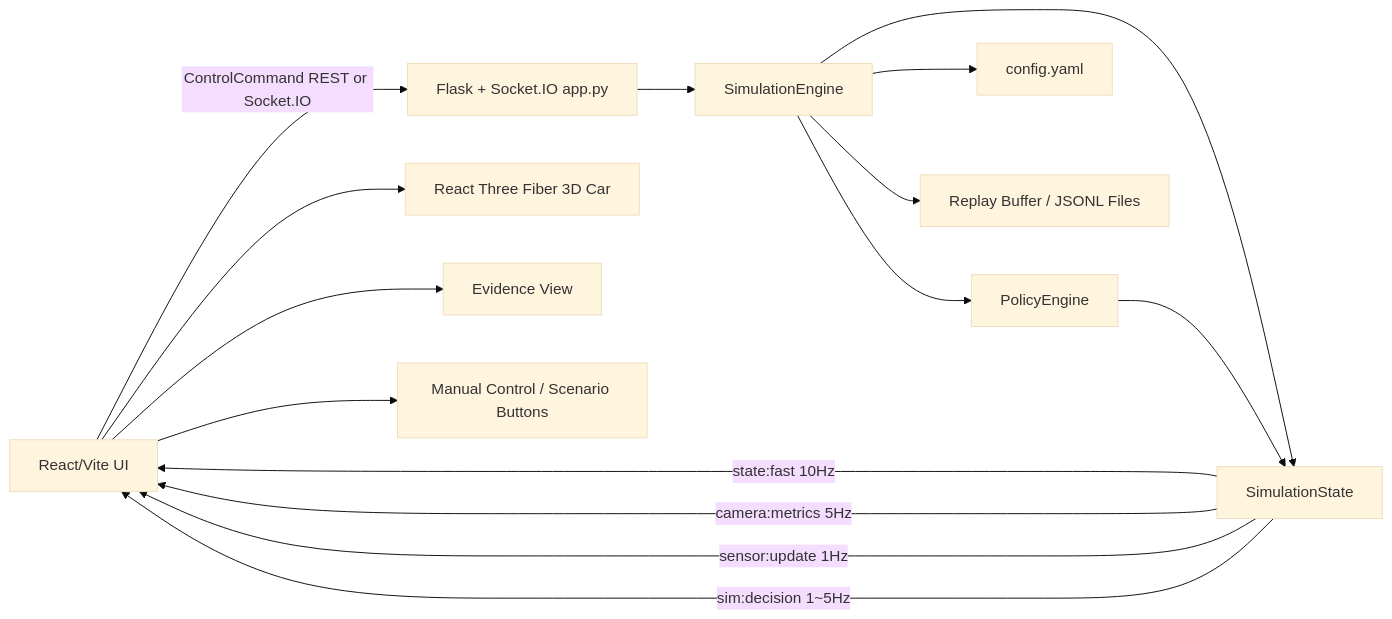
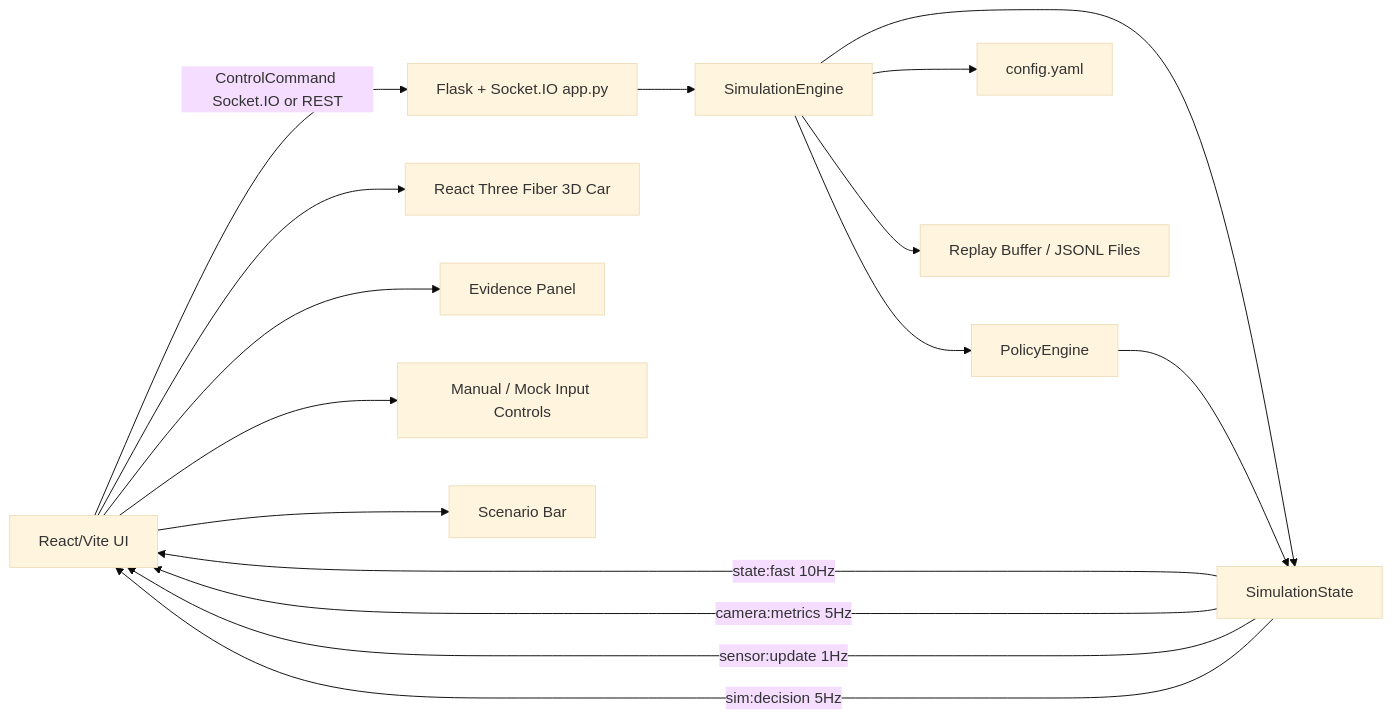
Before and after one commit to ifinalp0/2026ESWcontest_free_KUGLASS: the first of 5 diagrams in Simul_Twin/Simul_Twin_V1_0_Explain.md, drawn with Mermaid (base theme). The commit also changed other lines of this file and 22 other files, not shown here.

````diff
--- a/Simul_Twin/Simul_Twin_V1_0_Explain.md
+++ b/Simul_Twin/Simul_Twin_V1_0_Explain.md
@@ -56,19 +65,20 @@
 ```mermaid
 flowchart LR
-    UI[React/Vite UI] -->|ControlCommand REST or Socket.IO| API[Flask + Socket.IO app.py]
+    UI[React/Vite UI] -->|ControlCommand Socket.IO or REST| API[Flask + Socket.IO app.py]
     API --> ENGINE[SimulationEngine]
     ENGINE --> POLICY[PolicyEngine]
     ENGINE --> CONFIG[config.yaml]
     ENGINE --> STATE[SimulationState]
     ENGINE --> REPLAY[Replay Buffer / JSONL Files]
 
     POLICY --> STATE
     STATE -->|state:fast 10Hz| UI
     STATE -->|camera:metrics 5Hz| UI
     STATE -->|sensor:update 1Hz| UI
-    STATE -->|sim:decision 1~5Hz| UI
+    STATE -->|sim:decision 5Hz| UI
 
     UI --> R3F[React Three Fiber 3D Car]
-    UI --> Evidence[Evidence View]
-    UI --> Controls[Manual Control / Scenario Buttons]
+    UI --> Evidence[Evidence Panel]
+    UI --> Controls[Manual / Mock Input Controls]
+    UI --> Scenario[Scenario Bar]
 ```
````
